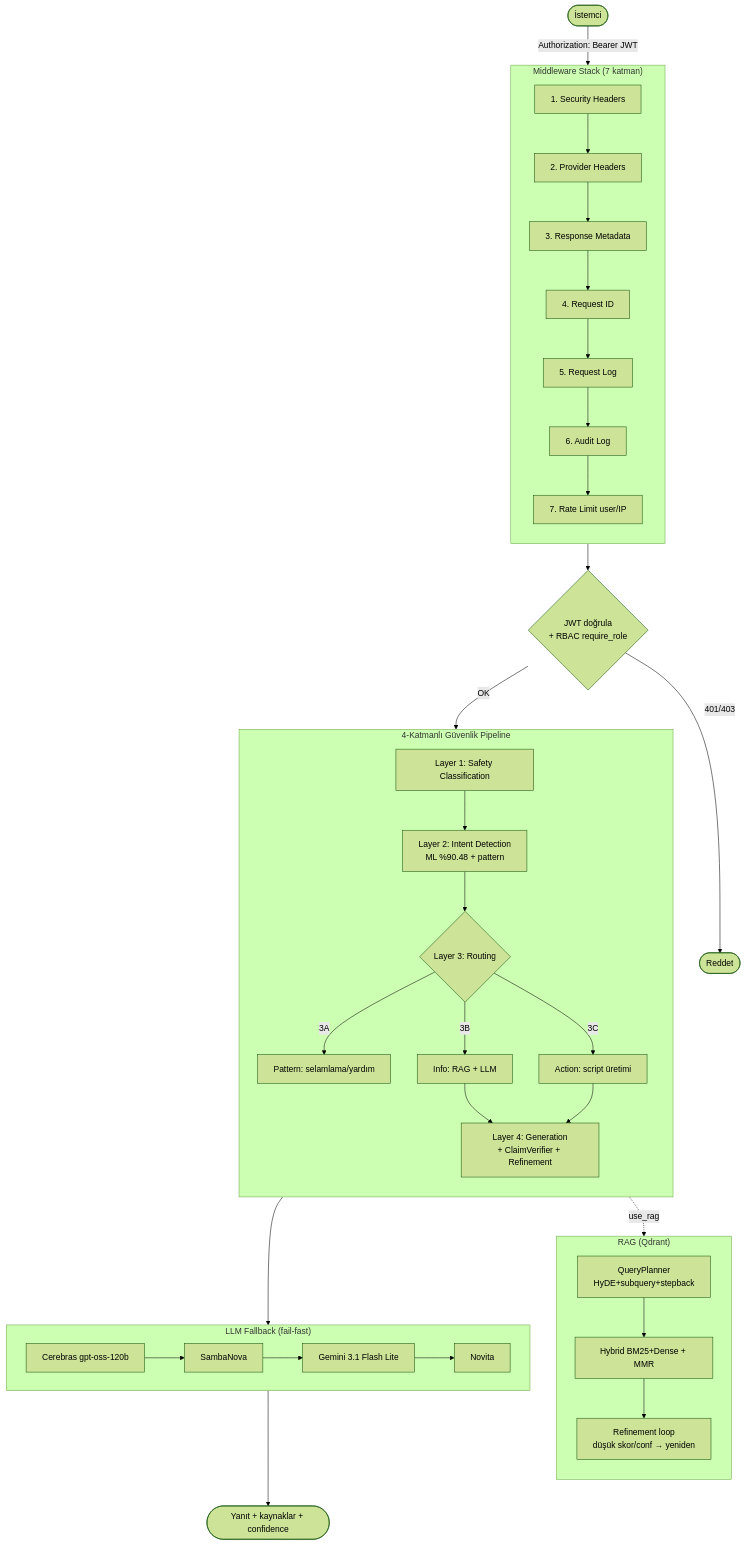
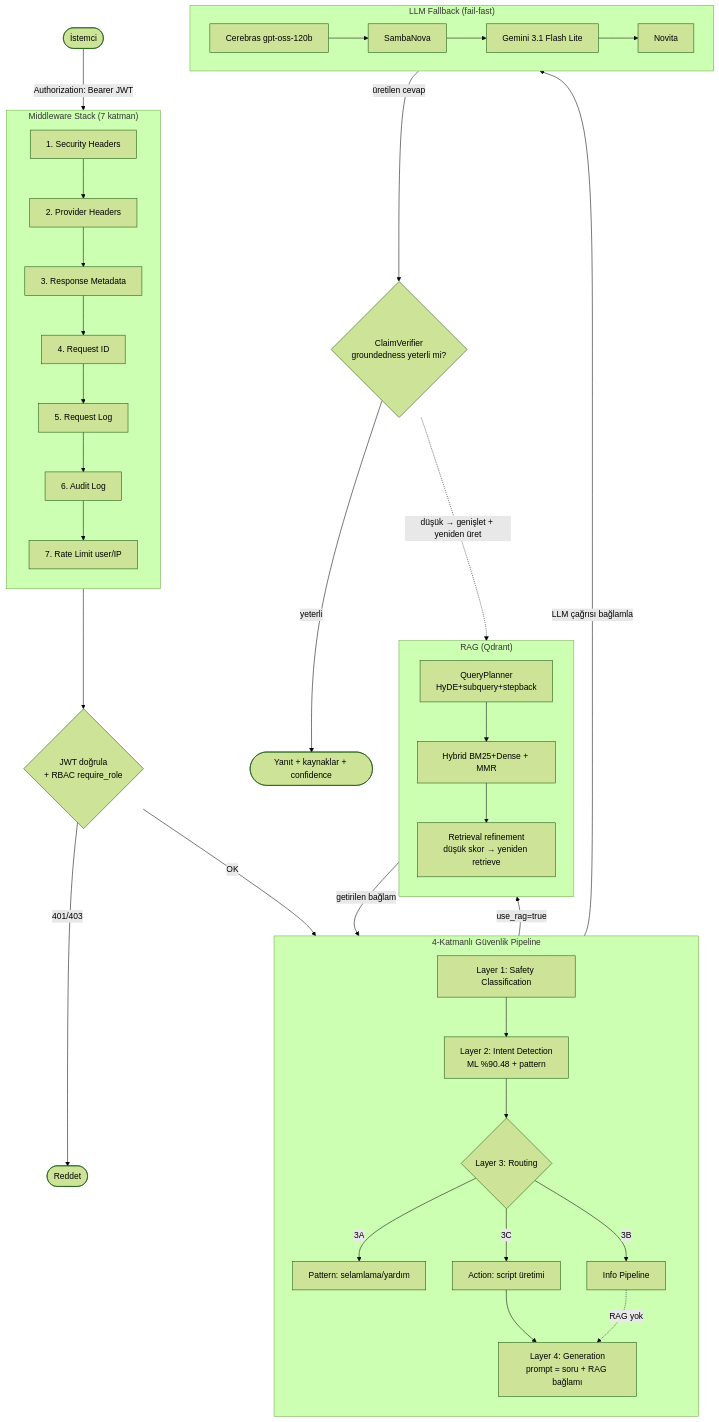
One commit to os-hardening-ai/ai-powered-os-hardening changed the diagram in README.md. Above: the diagram before and after it, drawn with Mermaid (forest theme).

Commit message:
docs(README): mimari diyagram duzeltme — RAG baglami LLM Generation'a akiyor
Onceki diyagramda RAG bir cikmaz yan-dal gibi gorunuyordu (REF hicbir yere donmuyor,
INFO dogrudan L4'e gidiyordu) → RAG baglaminin LLM'e beslendigi gorunmuyordu.
Duzeltildi: INFO --use_rag--> RAG --getirilen baglam--> L4 (prompt=soru+baglam)
--> LLM --uretilen cevap--> ClaimVerifier --(dusuk conf -> yeniden retrieve)--> Yanit.
Boylece LLM'in RAG baglamini isleyip cevabi urettigi (ham RAG ciktisi gonderilmedigi) net.

````diff
--- a/README.md
+++ b/README.md
@@ -77,44 +77,48 @@
 ```mermaid
 flowchart TD
     Client([İstemci]) -->|"Authorization: Bearer JWT"| MW
 
     subgraph MW["Middleware Stack (7 katman)"]
         direction TB
         M1[1. Security Headers] --> M2[2. Provider Headers]
         M2 --> M3[3. Response Metadata]
         M3 --> M4[4. Request ID]
         M4 --> M5[5. Request Log]
         M5 --> M6[6. Audit Log]
         M6 --> M7[7. Rate Limit user/IP]
     end
 
     MW --> AUTH{JWT doğrula<br/>+ RBAC require_role}
     AUTH -->|401/403| Reject([Reddet])
     AUTH -->|OK| PIPE
 
     subgraph PIPE["4-Katmanlı Güvenlik Pipeline"]
         direction TB
         L1[Layer 1: Safety Classification] --> L2[Layer 2: Intent Detection<br/>ML %90.48 + pattern]
         L2 --> L3{Layer 3: Routing}
         L3 -->|3A| PAT[Pattern: selamlama/yardım]
-        L3 -->|3B| INFO[Info: RAG + LLM]
+        L3 -->|3B| INFO[Info Pipeline]
         L3 -->|3C| ACT[Action: script üretimi]
-        INFO --> L4[Layer 4: Generation<br/>+ ClaimVerifier + Refinement]
-        ACT --> L4
+        ACT --> L4[Layer 4: Generation<br/>prompt = soru + RAG bağlamı]
     end
 
-    INFO -.->|use_rag| RAG
+    %% use_rag ise önce bağlam getirilir, sonra bağlam L4 Generation prompt'una eklenir
+    INFO -->|use_rag=true| RAG
+    INFO -.->|RAG yok| L4
     subgraph RAG["RAG (Qdrant)"]
         direction TB
         QP[QueryPlanner<br/>HyDE+subquery+stepback] --> RET[Hybrid BM25+Dense + MMR]
-        RET --> REF[Refinement loop<br/>düşük skor/conf → yeniden]
+        RET --> REF[Retrieval refinement<br/>düşük skor → yeniden retrieve]
     end
+    REF -->|getirilen bağlam| L4
 
-    L4 --> LLM
+    L4 -->|LLM çağrısı bağlamla| LLM
     subgraph LLM["LLM Fallback (fail-fast)"]
         direction LR
         C[Cerebras gpt-oss-120b] --> S[SambaNova] --> G[Gemini 3.1 Flash Lite] --> N[Novita]
     end
 
-    LLM --> Resp([Yanıt + kaynaklar + confidence])
+    LLM -->|üretilen cevap| CV{ClaimVerifier<br/>groundedness yeterli mi?}
+    CV -.->|düşük → genişlet + yeniden üret| RAG
+    CV -->|yeterli| Resp([Yanıt + kaynaklar + confidence])
 ```
````
